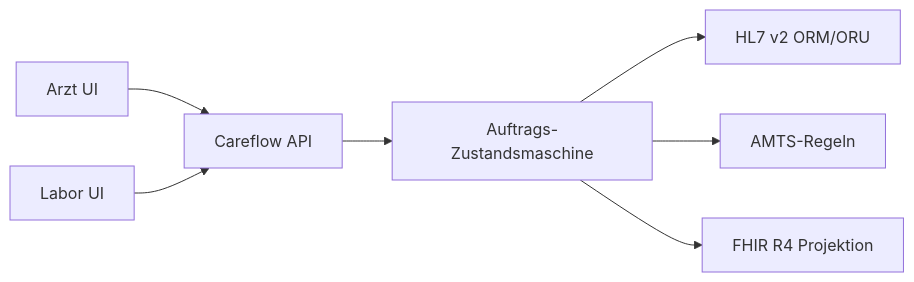
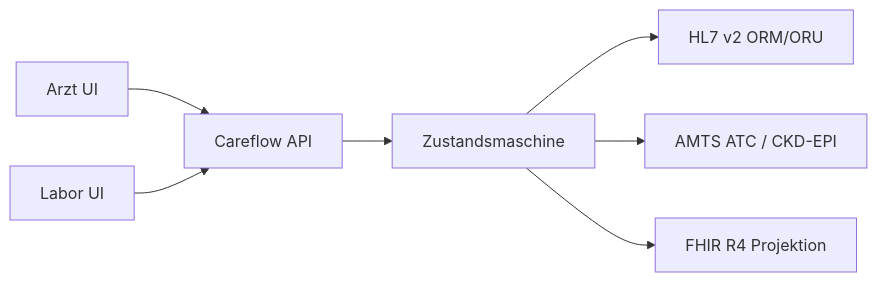
Before and after one commit to mdacoding/careflow: the diagram in README.md, drawn with Mermaid. The commit also changed other lines of this file and 26 other files, not shown here.

First line of the commit message:
Harte Fachlogik statt Extra-Stack: ATC-Hierarchie, CKD-EPI, Panic-Flags.

````diff
--- a/README.md
+++ b/README.md
@@ -74,9 +74,9 @@
 ```mermaid
 flowchart LR
   Arzt[Arzt UI] --> API[Careflow API]
   Labor[Labor UI] --> API
-  API --> SM[Auftrags-Zustandsmaschine]
+  API --> SM[Zustandsmaschine]
   SM --> HL7[HL7 v2 ORM/ORU]
-  SM --> CDS[AMTS-Regeln]
+  SM --> CDS[AMTS ATC / CKD-EPI]
   SM --> FHIR[FHIR R4 Projektion]
 ```
````
